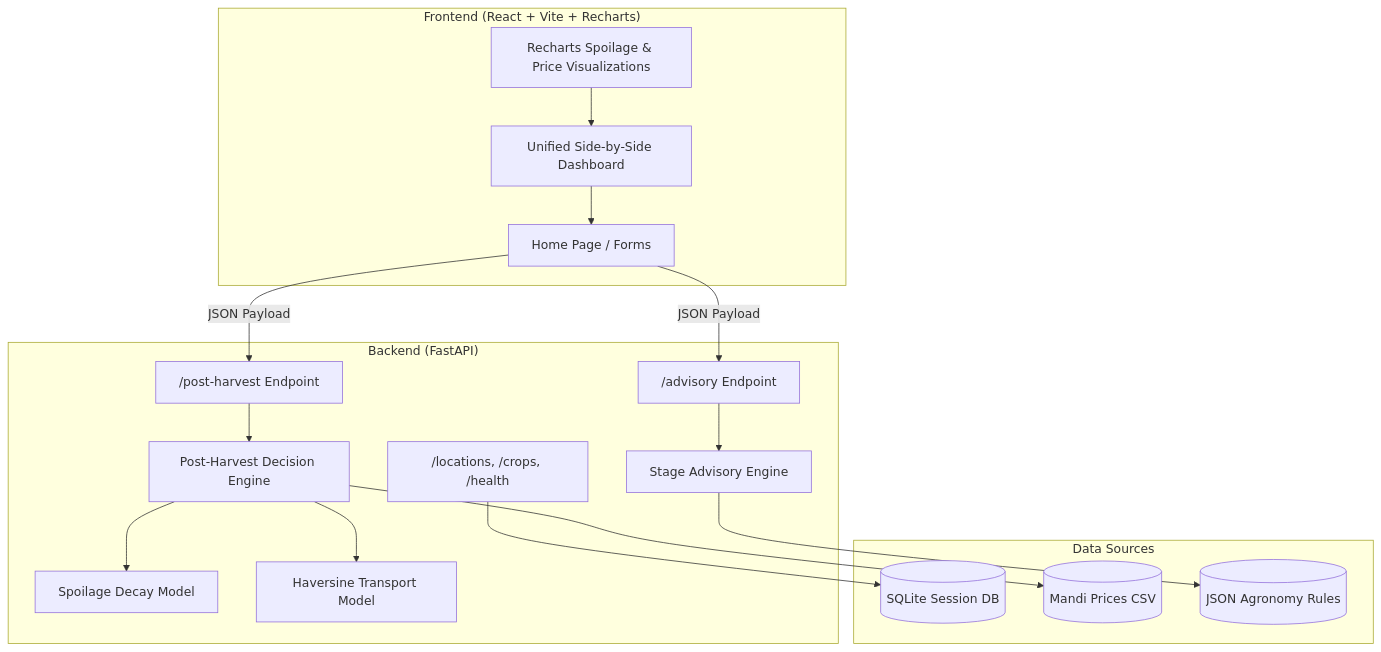
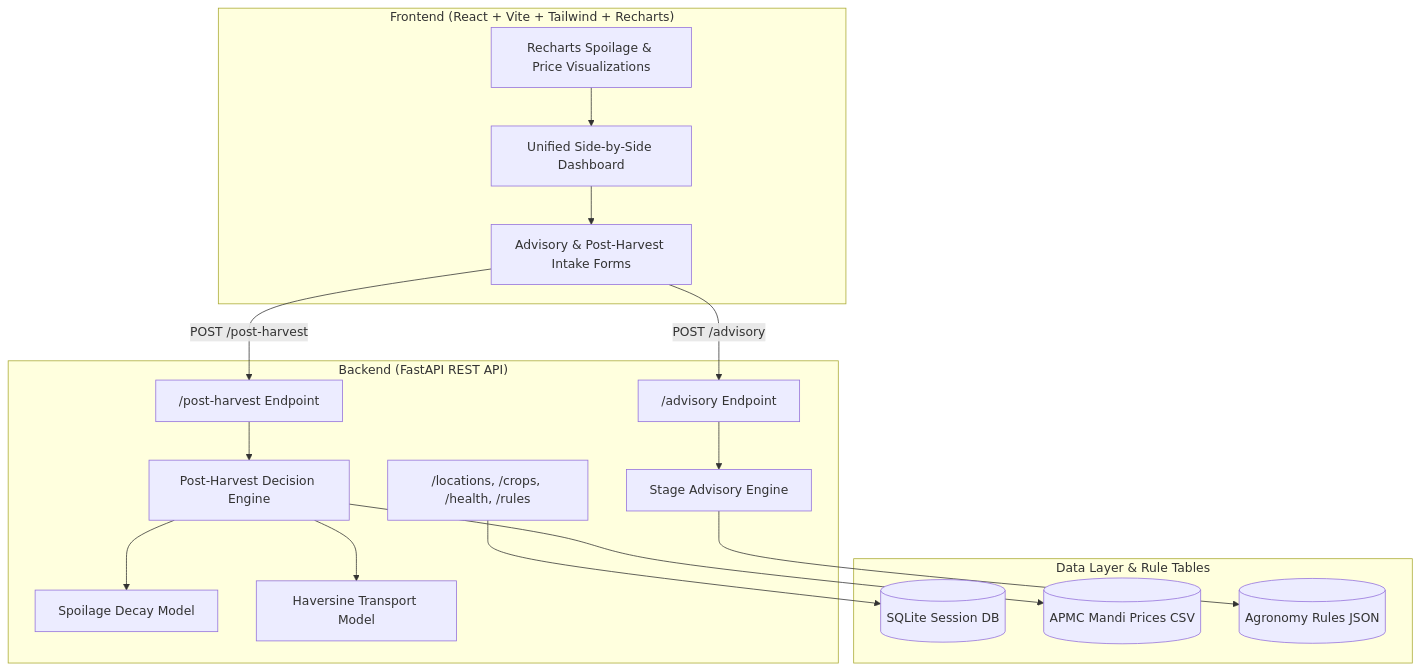
Before and after one commit to byt-ctrl/TetraThon-Prototype: the diagram in Readme.md, drawn with Mermaid. The commit also changed other lines of this file, not shown here.

````diff
--- a/Readme.md
+++ b/Readme.md
@@ -43,41 +57,41 @@
 ```mermaid
 flowchart TD
-    subgraph Client ["Frontend (React + Vite + Recharts)"]
-        UI["Home Page / Forms"]
+    subgraph Client ["Frontend (React + Vite + Tailwind + Recharts)"]
+        UI["Advisory & Post-Harvest Intake Forms"]
         Dash["Unified Side-by-Side Dashboard"]
         Charts["Recharts Spoilage & Price Visualizations"]
     end
 
-    subgraph Server ["Backend (FastAPI)"]
+    subgraph Server ["Backend (FastAPI REST API)"]
         RouterAdv["/advisory Endpoint"]
         RouterPH["/post-harvest Endpoint"]
-        RouterMeta["/locations, /crops, /health"]
+        RouterMeta["/locations, /crops, /health, /rules"]
         
         AdvEngine["Stage Advisory Engine"]
         DecEngine["Post-Harvest Decision Engine"]
         
         SpoilageModel["Spoilage Decay Model"]
         TransModel["Haversine Transport Model"]
     end
 
-    subgraph Storage ["Data Sources"]
+    subgraph Storage ["Data Layer & Rule Tables"]
         DB[(SQLite Session DB)]
-        CSV[(Mandi Prices CSV)]
-        JSONRules[(JSON Agronomy Rules)]
+        CSV[(APMC Mandi Prices CSV)]
+        JSONRules[(Agronomy Rules JSON)]
     end
 
-    UI -->|JSON Payload| RouterAdv
-    UI -->|JSON Payload| RouterPH
+    UI -->|POST /advisory| RouterAdv
+    UI -->|POST /post-harvest| RouterPH
     Dash --> UI
     Charts --> Dash
 
     RouterAdv --> AdvEngine
     RouterPH --> DecEngine
     
     AdvEngine --> JSONRules
     DecEngine --> SpoilageModel
     DecEngine --> TransModel
     DecEngine --> CSV
     
     RouterMeta --> DB
 ```
````
